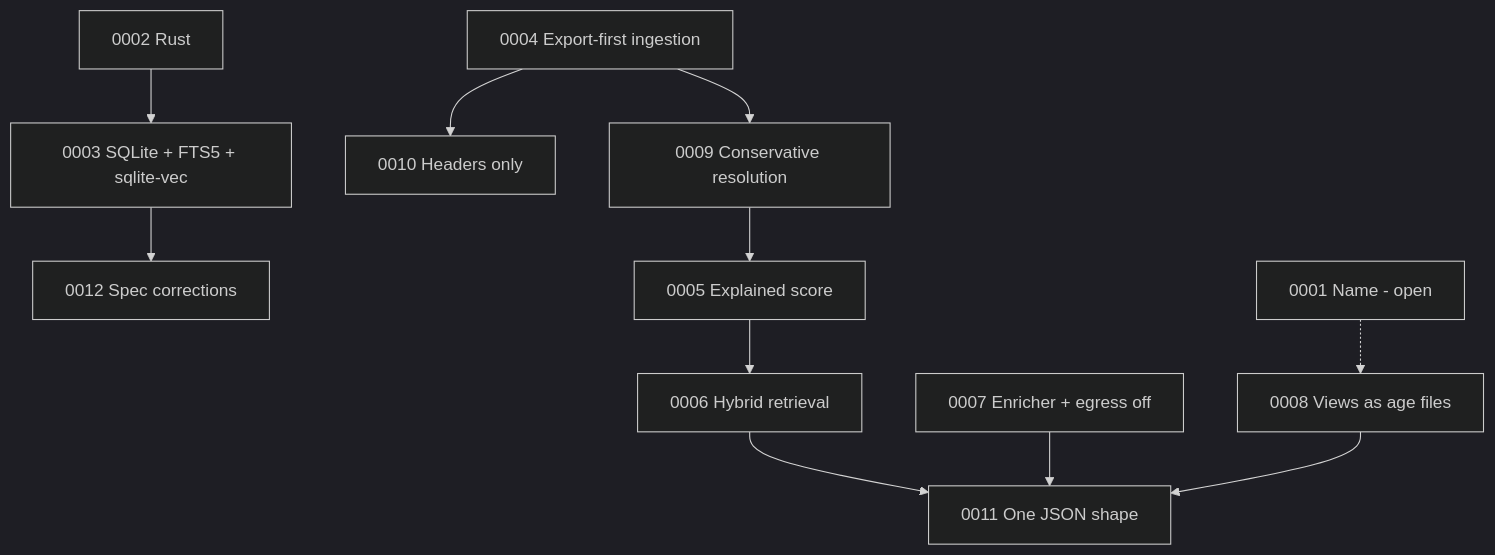
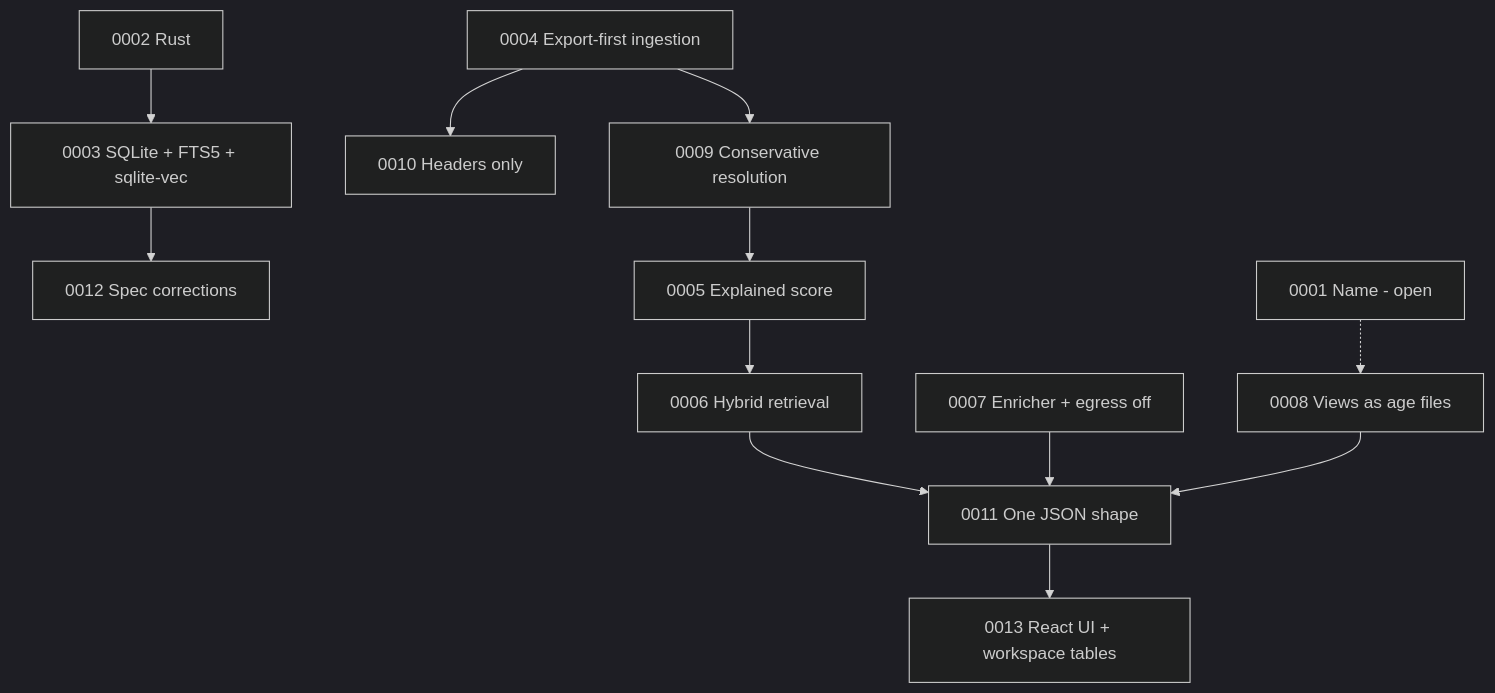
The diagram in docs/decisions/README.md (rohansx/openstance), drawn with Mermaid (dark theme) before and after one commit. The commit also changed other lines of this file and 5 other files, not shown here.

First line of the commit message:
docs: ADR-0013 React UI and workspace tables; serve and dashboard docs

````diff
--- a/docs/decisions/README.md
+++ b/docs/decisions/README.md
@@ -35,13 +36,14 @@
 ```mermaid
 flowchart TD
   A2[0002 Rust] --> A3[0003 SQLite + FTS5 + sqlite-vec]
   A3 --> A12[0012 Spec corrections]
   A4[0004 Export-first ingestion] --> A10[0010 Headers only]
   A4 --> A9[0009 Conservative resolution]
   A9 --> A5[0005 Explained score]
   A5 --> A6[0006 Hybrid retrieval]
   A6 --> A11[0011 One JSON shape]
   A7[0007 Enricher + egress off] --> A11
   A8[0008 Views as age files] --> A11
+  A11 --> A13[0013 React UI + workspace tables]
   A1[0001 Name - open] -.-> A8
 ```
````
